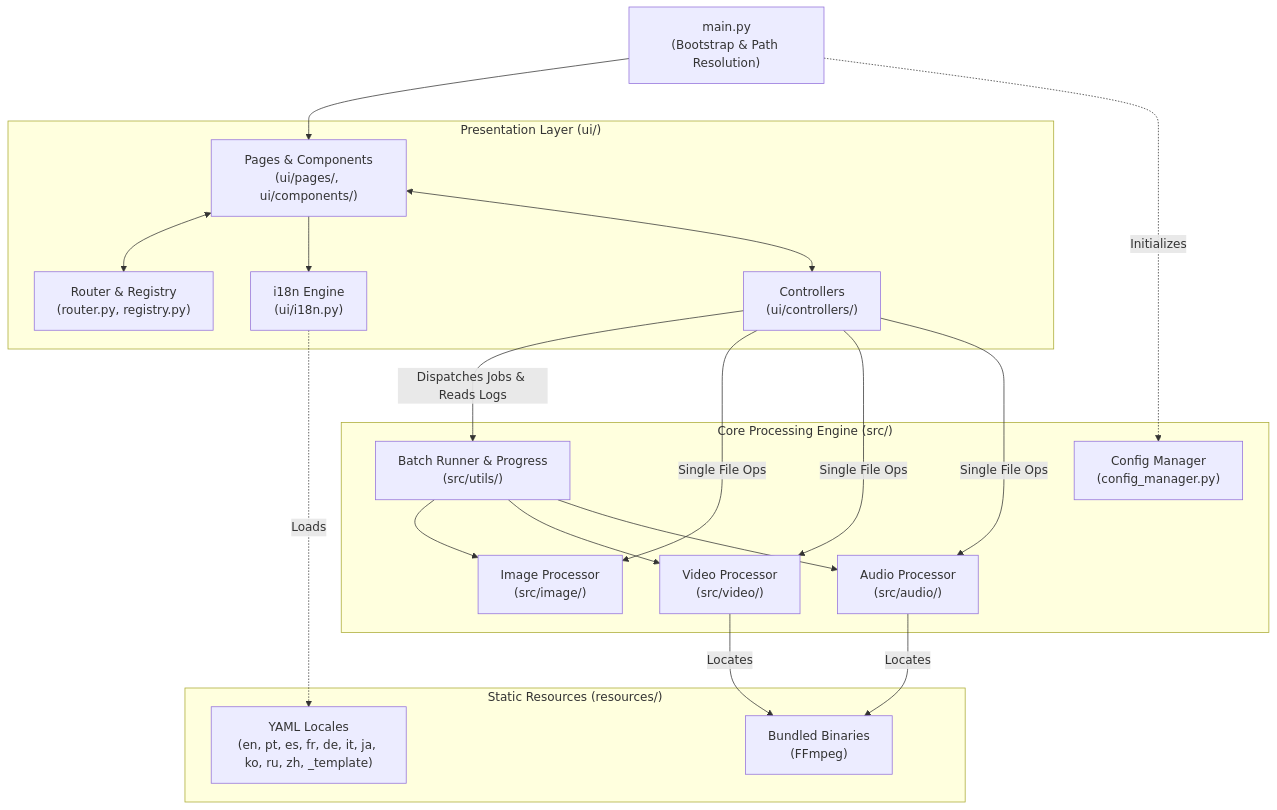
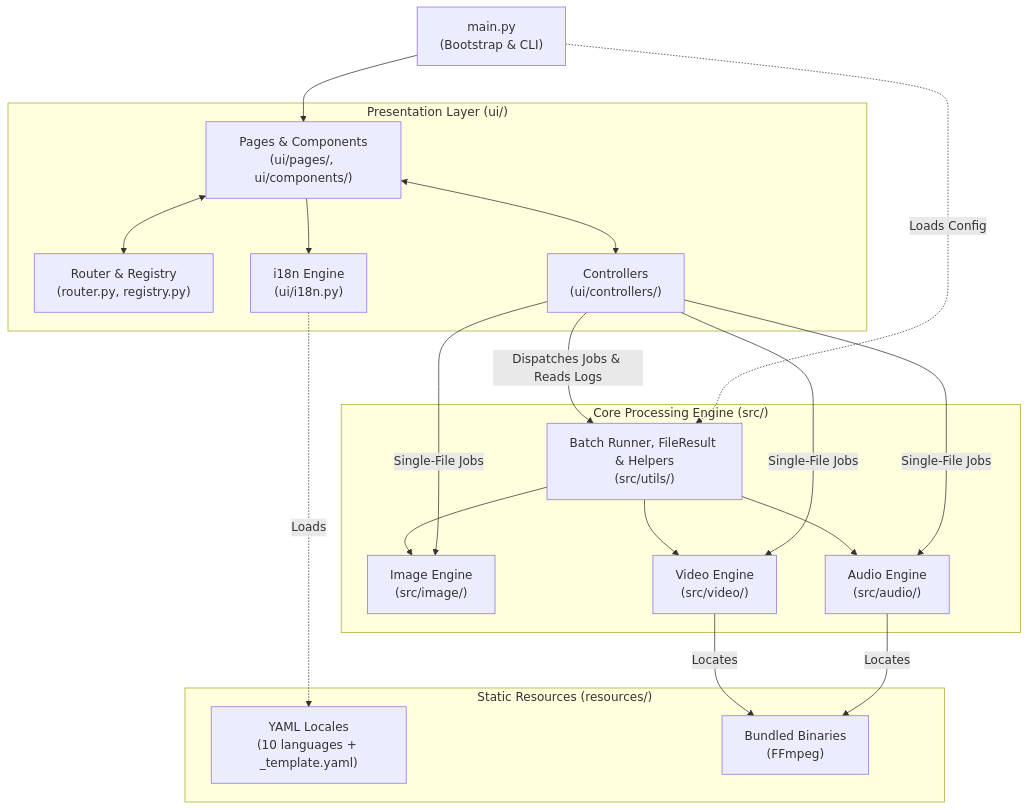
The diagram in docs/ARCHITECTURE.md (brunothinker/FallByte), drawn with Mermaid before and after one commit. The commit also changed other lines of this file and 2 other files, not shown here.

First line of the commit message:
docs: fix broken links and align architecture and test paths

````diff
--- a/docs/ARCHITECTURE.md
+++ b/docs/ARCHITECTURE.md
@@ -11,41 +11,40 @@
 ```mermaid
 flowchart TD
-    Entry["main.py<br/>(Bootstrap & Path Resolution)"] --> UI
-    
+    Entry["main.py<br/>(Bootstrap & CLI)"] --> UI
+
     subgraph Presentation ["Presentation Layer (ui/)"]
         UI["Pages & Components<br/>(ui/pages/, ui/components/)"]
         Router["Router & Registry<br/>(router.py, registry.py)"]
         I18n["i18n Engine<br/>(ui/i18n.py)"]
         Ctrl["Controllers<br/>(ui/controllers/)"]
-        
+
         UI <--> Router
         UI --> I18n
         UI <--> Ctrl
     end
-    
+
     subgraph Resources ["Static Resources (resources/)"]
-        Locales["YAML Locales<br/>(en, pt, es, fr, de, it, ja, ko, ru, zh, _template)"]
+        Locales["YAML Locales<br/>(10 languages + _template.yaml)"]
         Binaries["Bundled Binaries<br/>(FFmpeg)"]
     end
-    
+
     subgraph Engine ["Core Processing Engine (src/)"]
-        Batch["Batch Runner & Progress<br/>(src/utils/)"]
-        Img["Image Processor<br/>(src/image/)"]
-        Vid["Video Processor<br/>(src/video/)"]
-        Aud["Audio Processor<br/>(src/audio/)"]
-        Config["Config Manager<br/>(config_manager.py)"]
-        
-        Batch --> Img
-        Batch --> Vid
-        Batch --> Aud
+        Utils["Batch Runner, FileResult & Helpers<br/>(src/utils/)"]
+        Img["Image Engine<br/>(src/image/)"]
+        Vid["Video Engine<br/>(src/video/)"]
+        Aud["Audio Engine<br/>(src/audio/)"]
+
+        Utils --> Img
+        Utils --> Vid
+        Utils --> Aud
     end
-    
+
     I18n -.->|Loads| Locales
-    Ctrl -->|Dispatches Jobs & Reads Logs| Batch
-    Ctrl -->|Single File Ops| Img
-    Ctrl -->|Single File Ops| Vid
-    Ctrl -->|Single File Ops| Aud
+    Ctrl -->|Dispatches Jobs & Reads Logs| Utils
+    Ctrl -->|Single-File Jobs| Img
+    Ctrl -->|Single-File Jobs| Vid
+    Ctrl -->|Single-File Jobs| Aud
     Vid -->|Locates| Binaries
     Aud -->|Locates| Binaries
-    Entry -.->|Initializes| Config
+    Entry -.->|Loads Config| Utils
 ```
````
